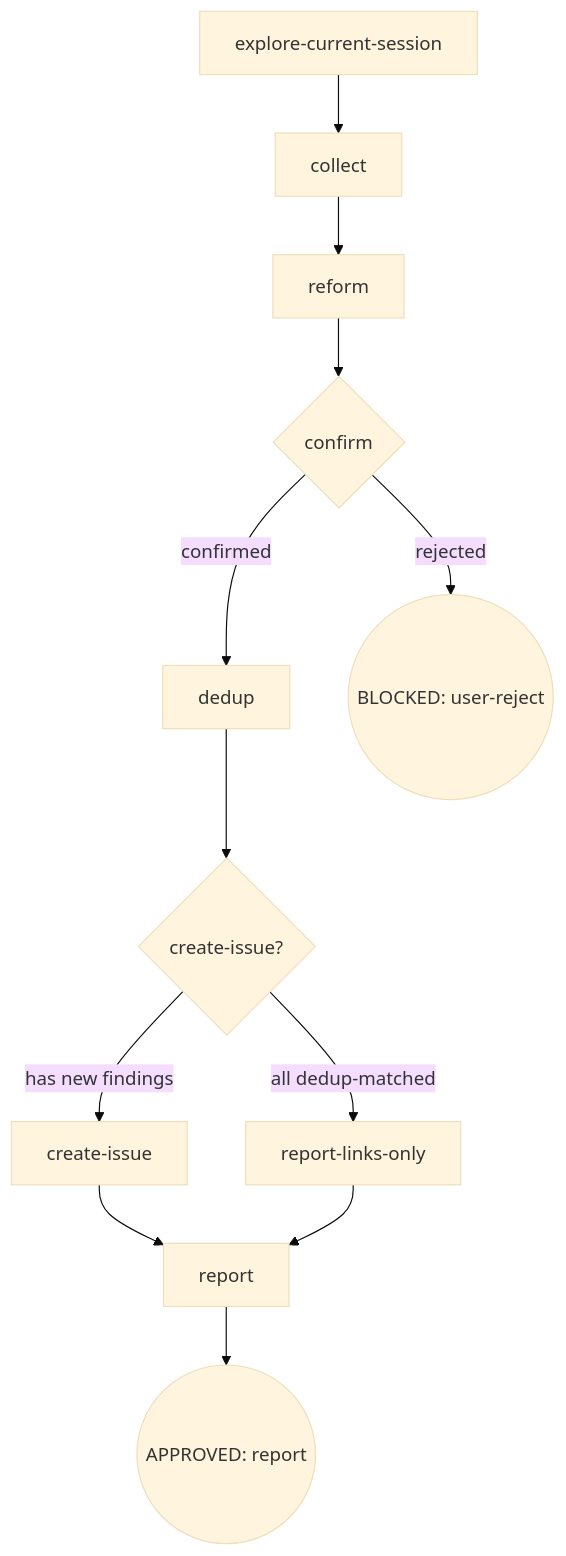
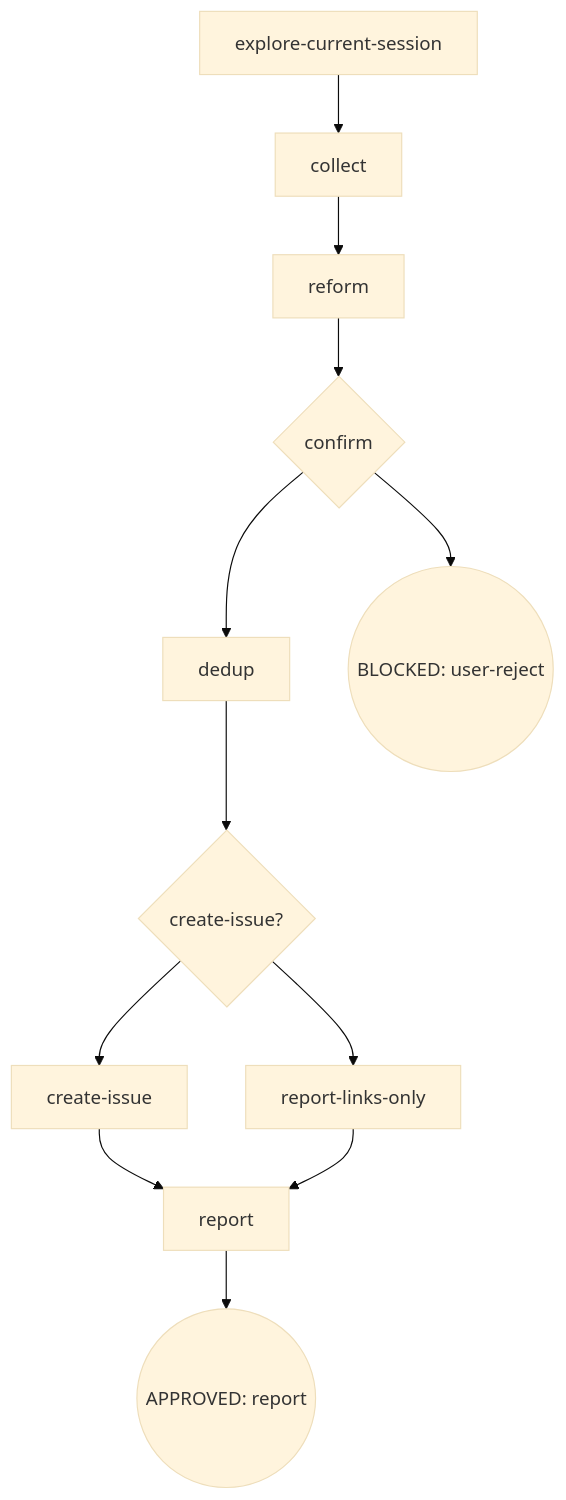
The diagram in packages/kairos/skills/cdd-report/SKILL.md (Oscaner/skills), drawn with Mermaid (base theme) before and after one commit. The commit also changed other lines of this file and 30 other files, not shown here.

````diff
--- a/packages/kairos/skills/cdd-report/SKILL.md
+++ b/packages/kairos/skills/cdd-report/SKILL.md
@@ -12,14 +12,14 @@
 ```mermaid
 flowchart TD
   A[explore-current-session] --> B[collect]
   B --> C[reform]
   C --> D{confirm}
-  D -->|confirmed| E[dedup]
-  D -->|rejected| Z1((BLOCKED: user-reject))
-  E --> F{create-issue?}
-  F -->|has new findings| G[create-issue]
-  G --> H[report]
-  F -->|all dedup-matched| I[report-links-only]
-  I --> H
-  H --> J((APPROVED: report))
+  D --> E[dedup]
+  D --> Z1((BLOCKED: user-reject))
+  E --> G{create-issue?}
+  G --> H[create-issue]
+  G --> I[report-links-only]
+  H --> J[report]
+  I --> J
+  J --> K((APPROVED: report))
 ```
````
